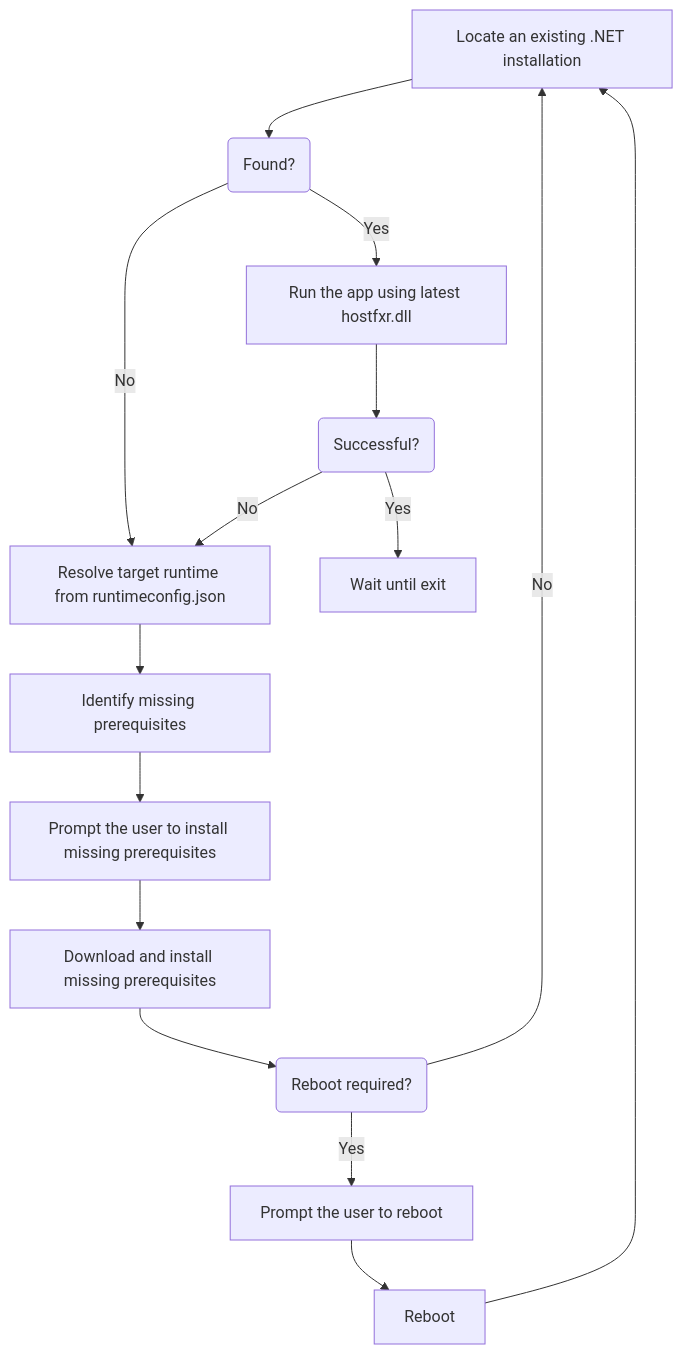
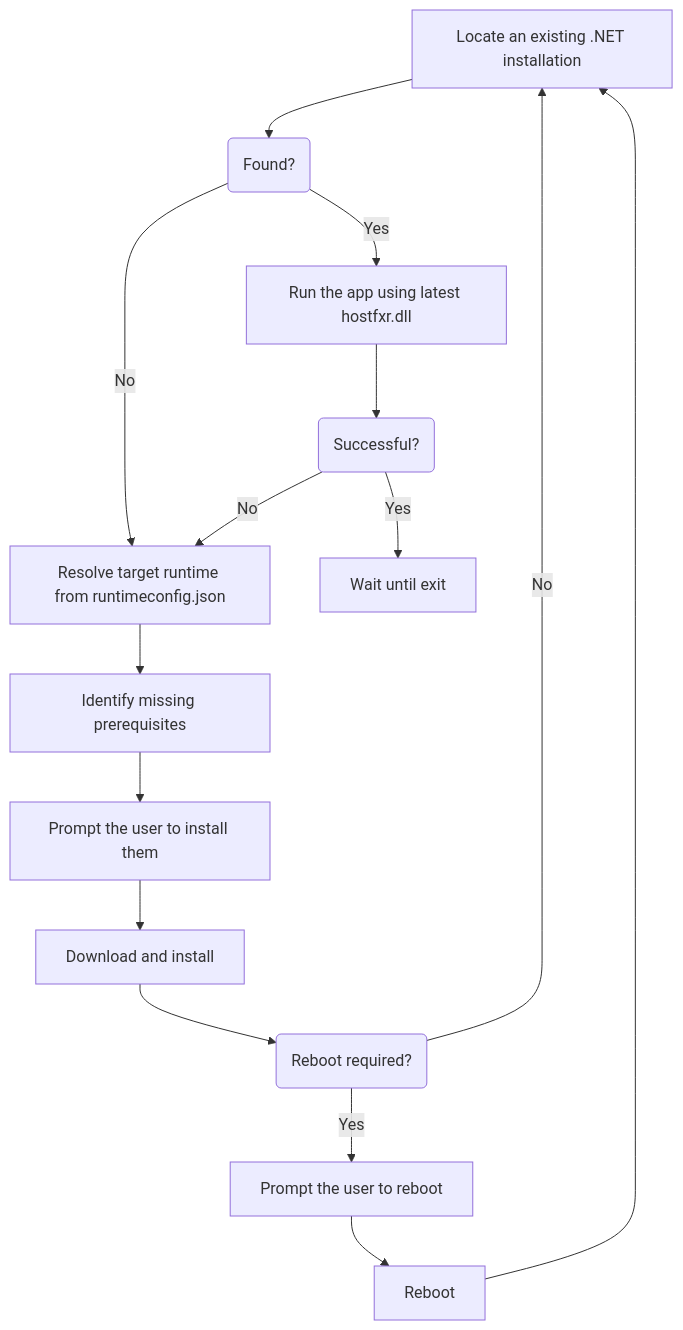
Before and after one commit to Tyrrrz/DotnetRuntimeBootstrapper: the diagram in Readme.md, drawn with Mermaid. The commit also changed other lines of this file, not shown here.

````diff
--- a/Readme.md
+++ b/Readme.md
@@ -105,17 +105,17 @@
 ```mermaid
 flowchart
     1[Locate an existing .NET installation] --> 1a(Found?)
     1a -- Yes --> 2
     1a -- No --> 3
 
     2[Run the app using latest hostfxr.dll] --> 2a(Successful?)
     2a -- Yes --> 2b[Wait until exit]
     2a -- No --> 3
 
     3[Resolve target runtime from runtimeconfig.json] -->
     4[Identify missing prerequisites] -->
-    5[Prompt the user to install missing prerequisites] -->
-    6[Download and install missing prerequisites] --> 6a(Reboot required?)
+    5[Prompt the user to install them] -->
+    6[Download and install] --> 6a(Reboot required?)
     6a -- Yes --> 6b[Prompt the user to reboot] --> 6c[Reboot] --> 1
     6a -- No --> 1
 ```
````
